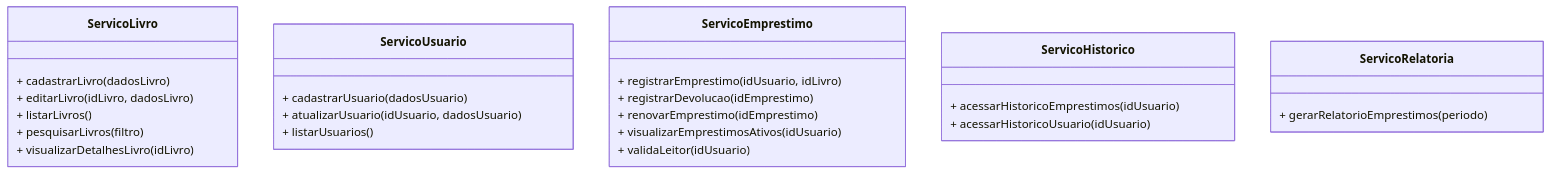
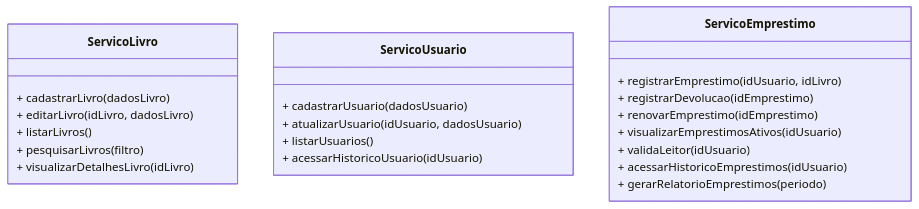
One commit to Marcela1204/CC7532_Bibliomania changed the second of 2 diagrams in lab3/diagrama_componentes_software.md. Above: the diagram before and after it, drawn with Mermaid.

Commit message:
alterações diagrama de interfaces

````diff
--- a/lab3/diagrama_componentes_software.md
+++ b/lab3/diagrama_componentes_software.md
@@ -97,33 +97,28 @@
 ```mermaid
 classDiagram
     class ServicoLivro {
         + cadastrarLivro(dadosLivro)
         + editarLivro(idLivro, dadosLivro)
         + listarLivros()
         + pesquisarLivros(filtro)
         + visualizarDetalhesLivro(idLivro)
     }
 
     class ServicoUsuario {
         + cadastrarUsuario(dadosUsuario)
         + atualizarUsuario(idUsuario, dadosUsuario)
         + listarUsuarios()
+        + acessarHistoricoUsuario(idUsuario)
     }
 
     class ServicoEmprestimo {
         + registrarEmprestimo(idUsuario, idLivro)
         + registrarDevolucao(idEmprestimo)
         + renovarEmprestimo(idEmprestimo)
         + visualizarEmprestimosAtivos(idUsuario)
         + validaLeitor(idUsuario)
+        + acessarHistoricoEmprestimos(idUsuario)
+        + gerarRelatorioEmprestimos(periodo)
     }
 
-    class ServicoHistorico {
-        + acessarHistoricoEmprestimos(idUsuario)
-        + acessarHistoricoUsuario(idUsuario)
-    }
-
-    class ServicoRelatoria {
-        + gerarRelatorioEmprestimos(periodo)
-    }
 ```
````
